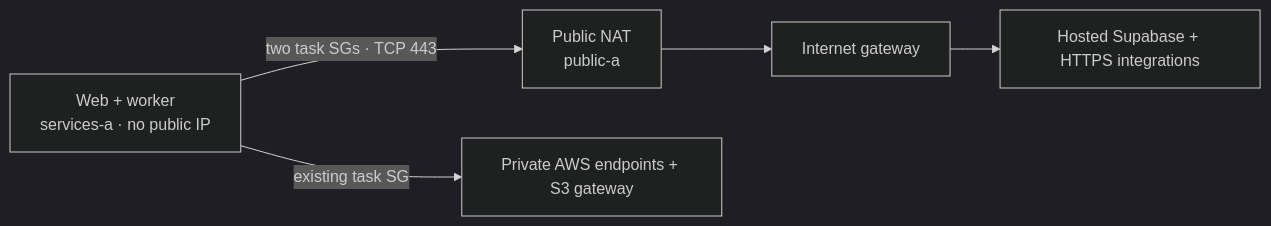
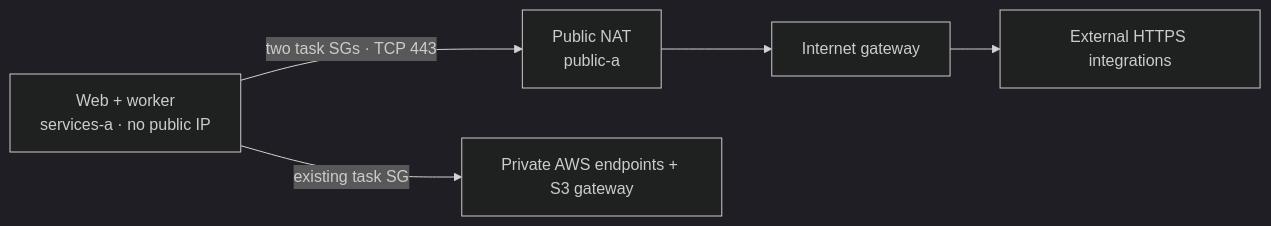
Before and after one commit to anantjain-xyz/wallie-dev: the third of 3 diagrams in docs/AWS-STAGING-NETWORK.md, drawn with Mermaid (dark theme). The commit also changed other lines of this file and 10 other files, not shown here.

First line of the commit message:
Align staging launch with self-hosted Supabase (#515)

````diff
--- a/docs/AWS-STAGING-NETWORK.md
+++ b/docs/AWS-STAGING-NETWORK.md
@@ -158,6 +158,6 @@
 ```mermaid
 flowchart LR
     tasks["Web + worker<br/>services-a · no public IP"] -->|"two task SGs · TCP 443"| nat["Public NAT<br/>public-a"]
-    nat --> igw[Internet gateway] --> hosted["Hosted Supabase + HTTPS integrations"]
+    nat --> igw[Internet gateway] --> external["External HTTPS integrations"]
     tasks -->|"existing task SG"| endpoints["Private AWS endpoints + S3 gateway"]
 ```
````
